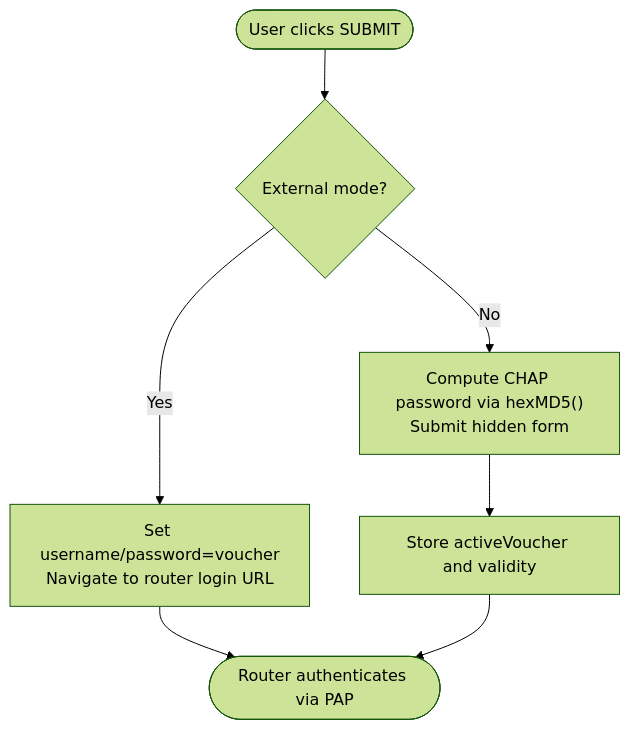
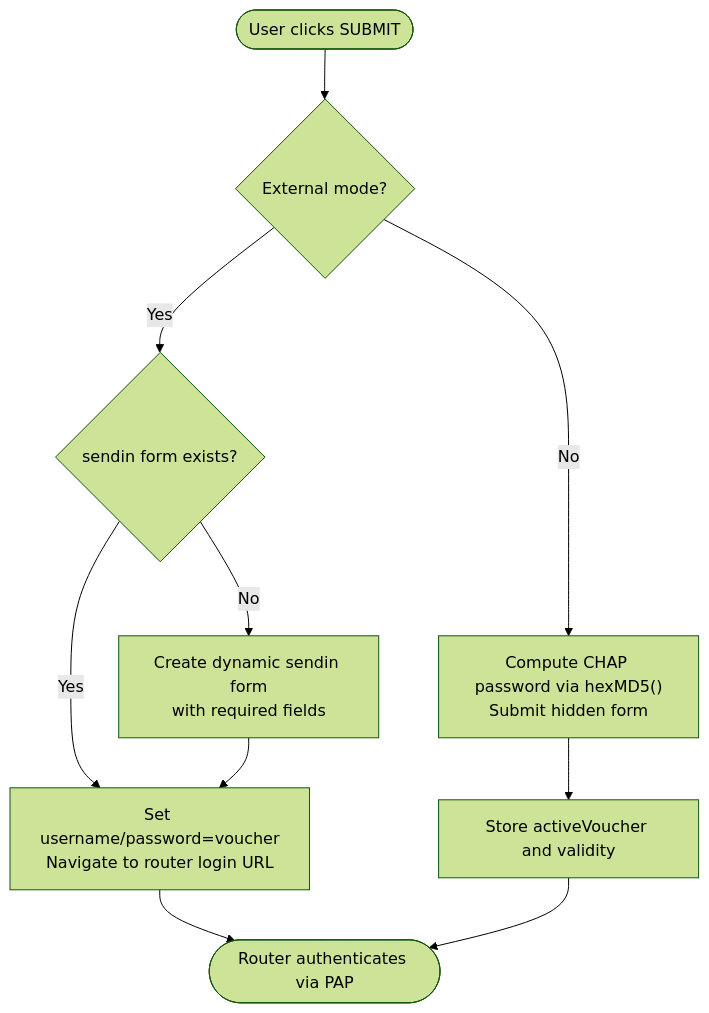
Before and after one commit to Djnirds1984/MT-CONTROLLER-PISOWIFI: the third of 13 diagrams in .qoder/repowiki/en/content/Captive Portal Interface/Login Interface & Voucher Entry.md, drawn with Mermaid (forest theme). The commit also changed other lines of this file and 8 other files, not shown here.

First line of the commit message:
feat(hotspot): enhance external mode with dynamic form fallback for voucher login

````diff
--- a/.qoder/repowiki/en/content/Captive Portal Interface/Login Interface & Voucher Entry.md
+++ b/.qoder/repowiki/en/content/Captive Portal Interface/Login Interface & Voucher Entry.md
@@ -139,9 +158,12 @@
 ```mermaid
 flowchart TD
 Start(["User clicks SUBMIT"]) --> Mode{"External mode?"}
-Mode --> |Yes| Pap["Set username/password=voucher<br/>Navigate to router login URL"]
+Mode --> |Yes| CheckForm{"sendin form exists?"}
+CheckForm --> |No| CreateForm["Create dynamic sendin form<br/>with required fields"]
+CheckForm --> |Yes| Pap["Set username/password=voucher<br/>Navigate to router login URL"]
+CreateForm --> Pap
 Mode --> |No| Chap["Compute CHAP password via hexMD5()<br/>Submit hidden form"]
 Chap --> Store["Store activeVoucher and validity"]
 Pap --> End(["Router authenticates via PAP"])
 Store --> End
 ```
````
